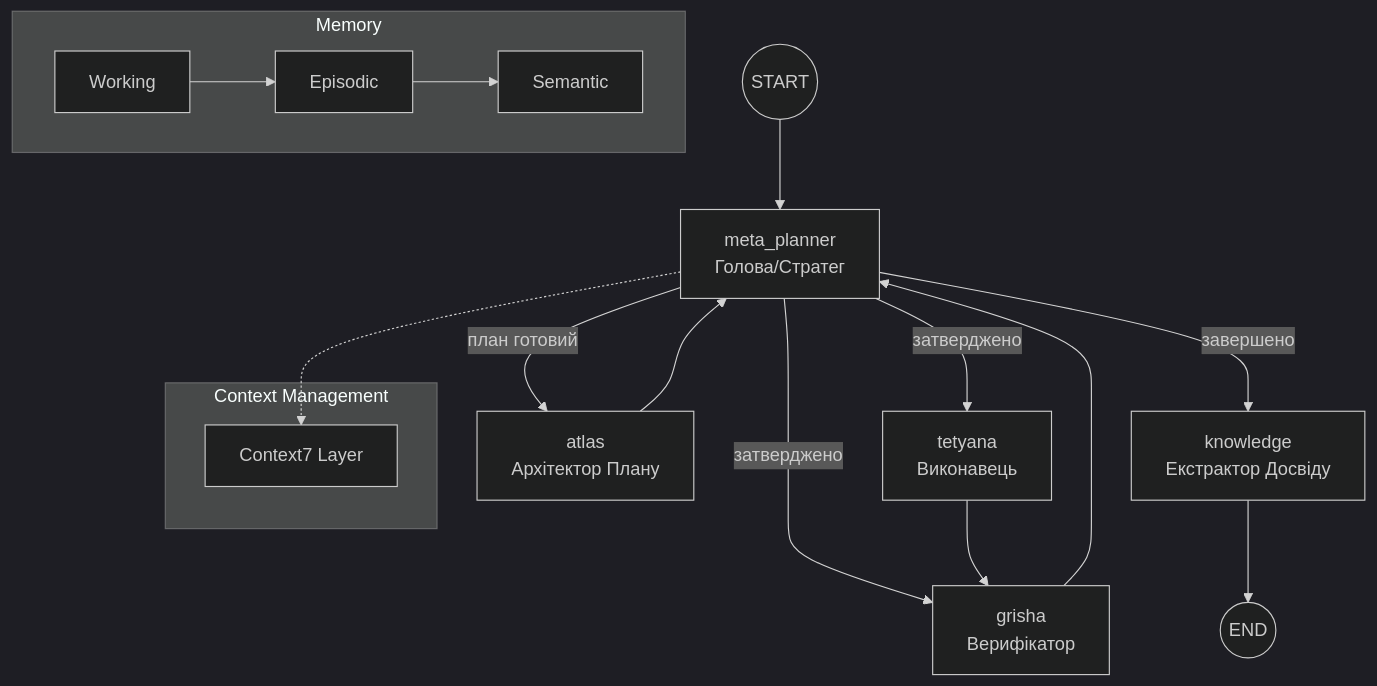
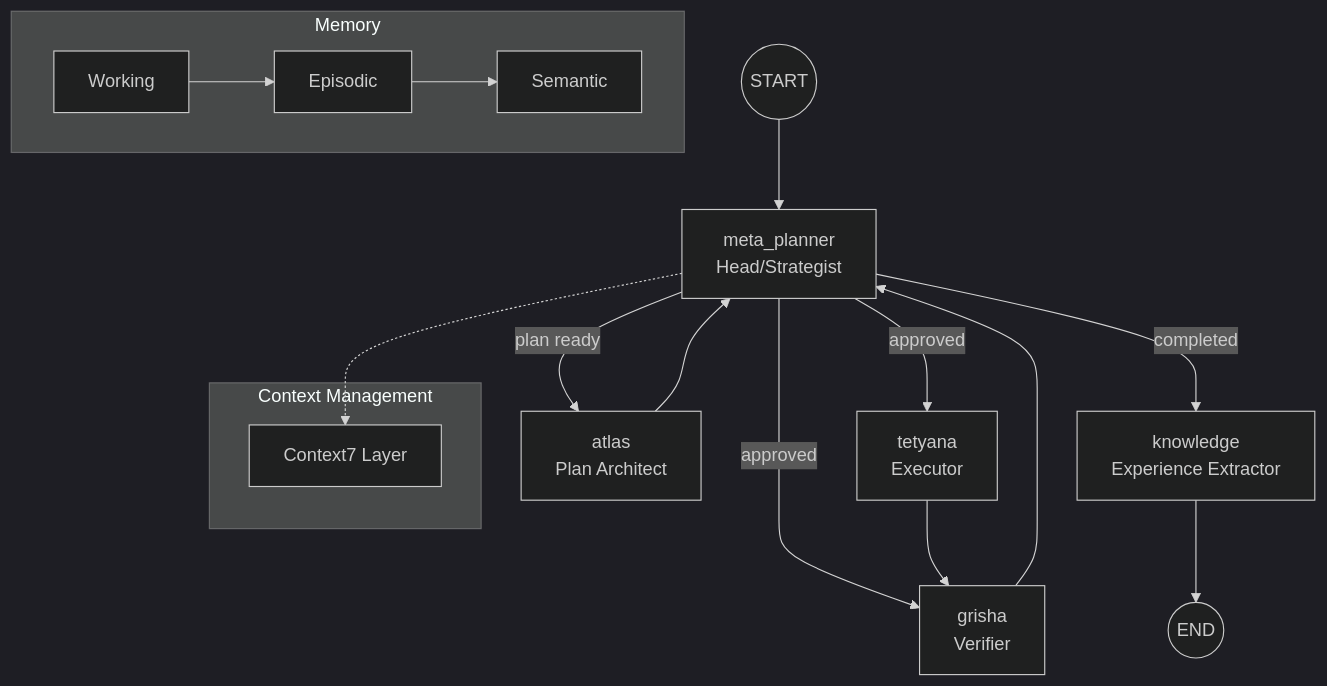
The diagram in .agent/workflows/atlas.md (olegkizima01/System), drawn with Mermaid (dark theme) before and after one commit. The commit also changed other lines of this file and 2 other files, not shown here.

Commit message:
docs: localize and simplify Atlas workflow documentation and add `clean_antigravity.sh` script.

````diff
--- a/.agent/workflows/atlas.md
+++ b/.agent/workflows/atlas.md
@@ -38,21 +38,21 @@
 ```mermaid
 graph TD
-    START((START)) --> MP[meta_planner<br/>Голова/Стратег]
-    MP -->|план готовий| A[atlas<br/>Архітектор Плану]
+    START((START)) --> MP[meta_planner<br/>Head/Strategist]
+    MP -->|plan ready| A[atlas<br/>Plan Architect]
     A --> MP
-    MP -->|затверджено| T[tetyana<br/>Виконавець]
-    MP -->|затверджено| G[grisha<br/>Верифікатор]
+    MP -->|approved| T[tetyana<br/>Executor]
+    MP -->|approved| G[grisha<br/>Verifier]
     T --> G
     G --> MP
-    MP -->|завершено| K[knowledge<br/>Екстрактор Досвіду]
+    MP -->|completed| K[knowledge<br/>Experience Extractor]
     K --> END((END))
     
     subgraph Context Management
         C7[Context7 Layer]
     end
     MP -.-> C7
     
     subgraph Memory
         WM[Working] --> EM[Episodic] --> SM[Semantic]
     end
 ```
````
